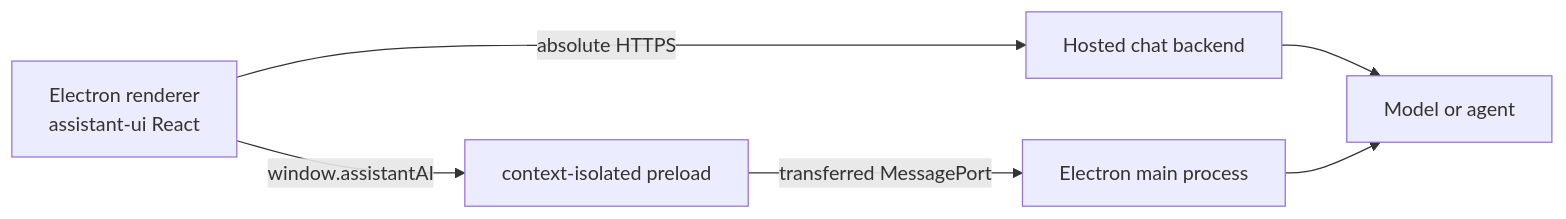
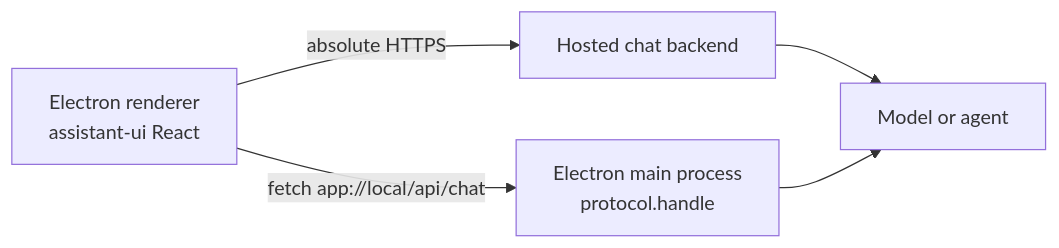
One commit to assistant-ui/assistant-ui changed the diagram in apps/docs/content/docs/guides/electron.mdx. Above: the diagram before and after it, drawn with Mermaid. The commit also changed other lines of this file and 1 other file, not shown here.

Commit message:
docs(electron): serve the AI SDK route from the main process with protocol.handle

````diff
--- a/apps/docs/content/docs/guides/electron.mdx
+++ b/apps/docs/content/docs/guides/electron.mdx
@@ -20,8 +20,7 @@
 ```mermaid
 flowchart LR
   Renderer["Electron renderer<br/>assistant-ui React"] -->|"absolute HTTPS"| Backend["Hosted chat backend"]
-  Renderer -->|"window.assistantAI"| Preload["context-isolated preload"]
-  Preload -->|"transferred MessagePort"| Main["Electron main process"]
+  Renderer -->|"fetch app://local/api/chat"| Main["Electron main process<br/>protocol.handle"]
   Backend --> Provider["Model or agent"]
   Main --> Provider
 ```
````
